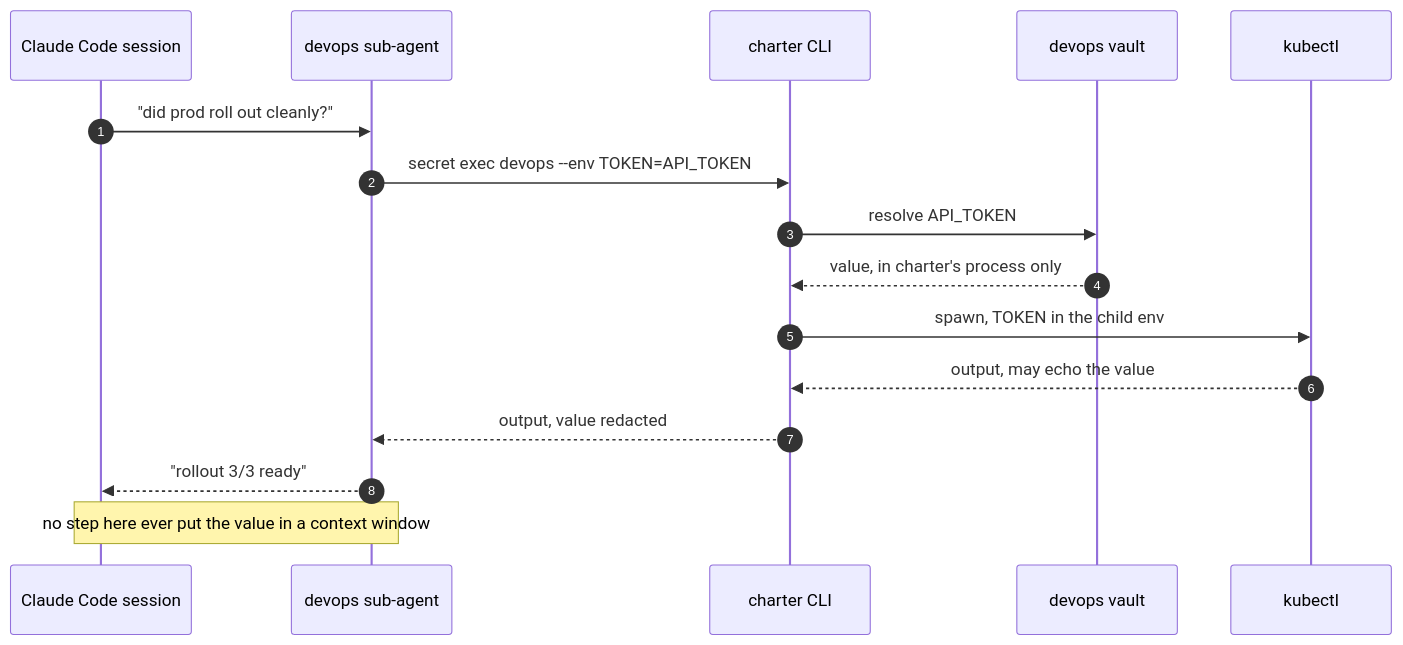
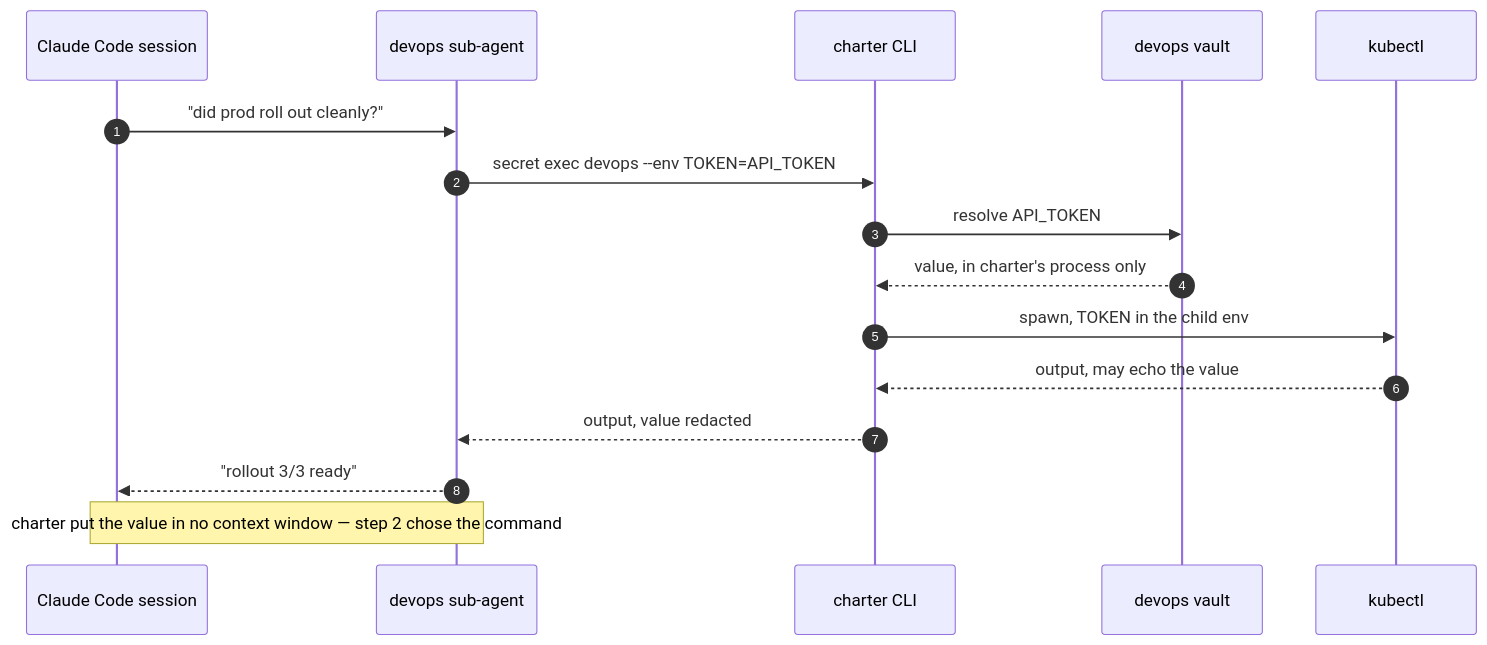
The second of 2 diagrams in README.md (diazoxide/charter), drawn with Mermaid before and after one commit. The commit also changed other lines of this file and 9 other files, not shown here.

````diff
--- a/README.md
+++ b/README.md
@@ -174,19 +174,19 @@
 ```mermaid
 sequenceDiagram
     autonumber
     participant M as Claude Code session
     participant A as devops sub-agent
     participant C as charter CLI
     participant V as devops vault
     participant K as kubectl
 
     M->>A: "did prod roll out cleanly?"
     A->>C: secret exec devops --env TOKEN=API_TOKEN
     C->>V: resolve API_TOKEN
     V-->>C: value, in charter's process only
     C->>K: spawn, TOKEN in the child env
     K-->>C: output, may echo the value
     C-->>A: output, value redacted
     A-->>M: "rollout 3/3 ready"
-    Note over M,A: no step here ever put the value in a context window
+    Note over M,A: charter put the value in no context window — step 2 chose the command
 ```
````
